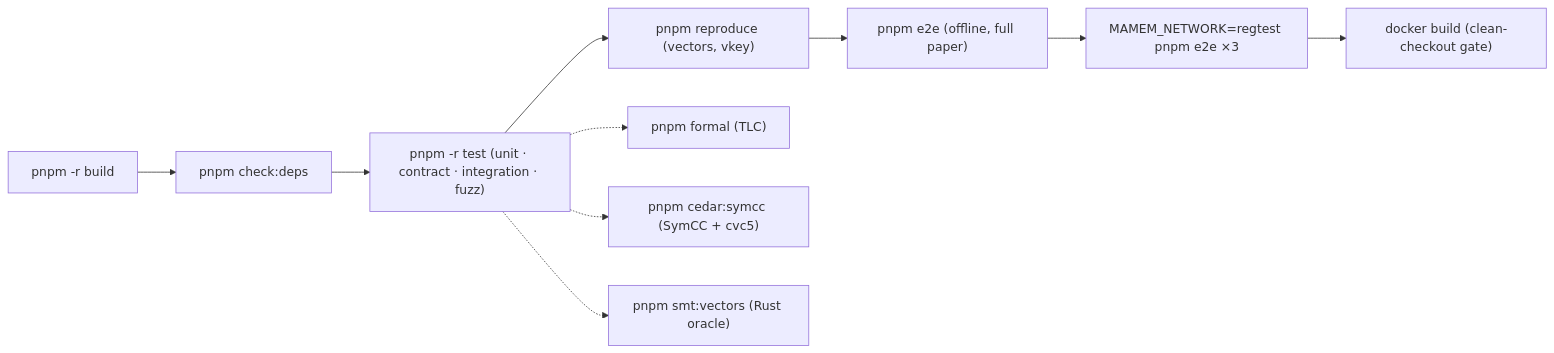
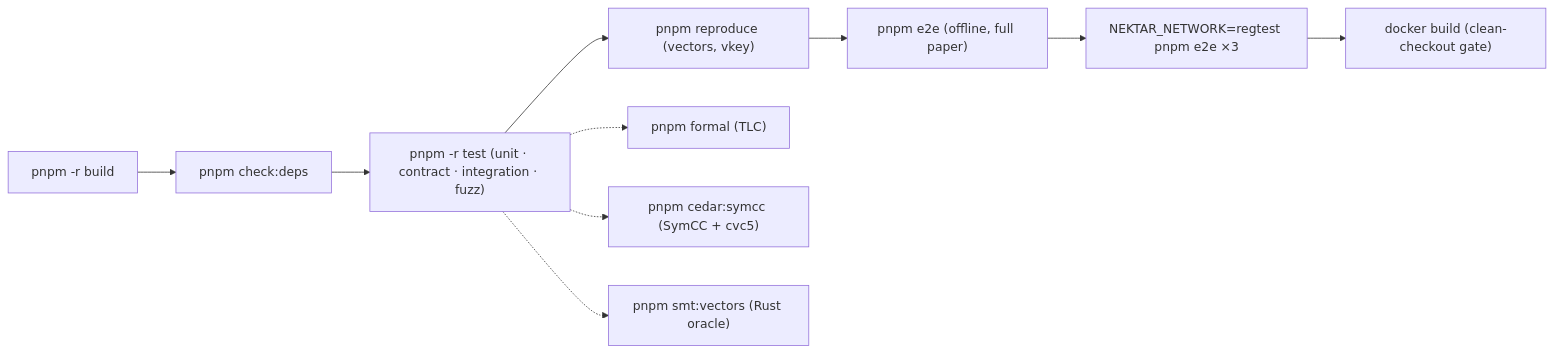
Diagram 14 of 14 in docs/ARCHITECTURE.md (kryptokrates/nektar), drawn with Mermaid before and after one commit. The commit also changed other lines of this file and 297 other files, not shown here.

First line of the commit message:
Rename project mamem → nektar

````diff
--- a/docs/ARCHITECTURE.md
+++ b/docs/ARCHITECTURE.md
@@ -281,8 +281,8 @@
 ```mermaid
 flowchart LR
-  b["pnpm -r build"] --> d["pnpm check:deps"] --> t["pnpm -r test (unit · contract · integration · fuzz)"] --> r["pnpm reproduce (vectors, vkey)"] --> e["pnpm e2e (offline, full paper)"] --> rg["MAMEM_NETWORK=regtest pnpm e2e ×3"]
+  b["pnpm -r build"] --> d["pnpm check:deps"] --> t["pnpm -r test (unit · contract · integration · fuzz)"] --> r["pnpm reproduce (vectors, vkey)"] --> e["pnpm e2e (offline, full paper)"] --> rg["NEKTAR_NETWORK=regtest pnpm e2e ×3"]
   t -.-> f["pnpm formal (TLC)"]
   t -.-> s["pnpm cedar:symcc (SymCC + cvc5)"]
   t -.-> v["pnpm smt:vectors (Rust oracle)"]
   rg --> img["docker build (clean-checkout gate)"]
 ```
````
